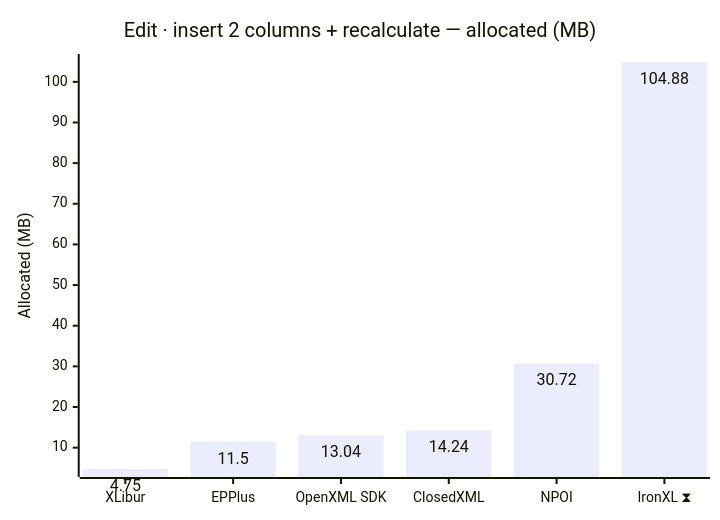
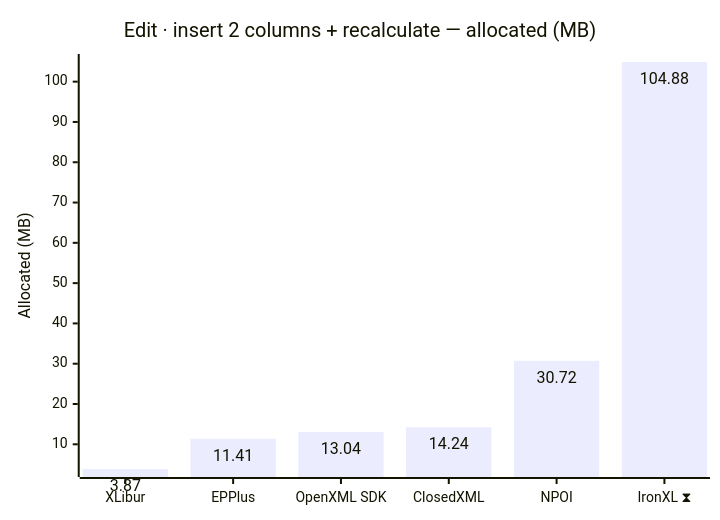
One commit to jafin/XLBench changed diagram 12 of 12 in docs/results-ci.md. Above: the diagram before and after it, drawn with Mermaid. The commit also changed other lines of this file, not shown here.

````diff
--- a/docs/results-ci.md
+++ b/docs/results-ci.md
@@ -184,12 +184,12 @@
 ```mermaid
 ---
 config:
   xyChart:
     showDataLabel: true
 ---
 xychart-beta
     title "Edit · insert 2 columns + recalculate — allocated (MB)"
     x-axis ["XLibur", "EPPlus", "OpenXML SDK", "ClosedXML", "NPOI", "IronXL ⧗"]
     y-axis "Allocated (MB)"
-    bar [4.75, 11.5, 13.04, 14.24, 30.72, 104.88]
+    bar [3.87, 11.41, 13.04, 14.24, 30.72, 104.88]
 ```
````
